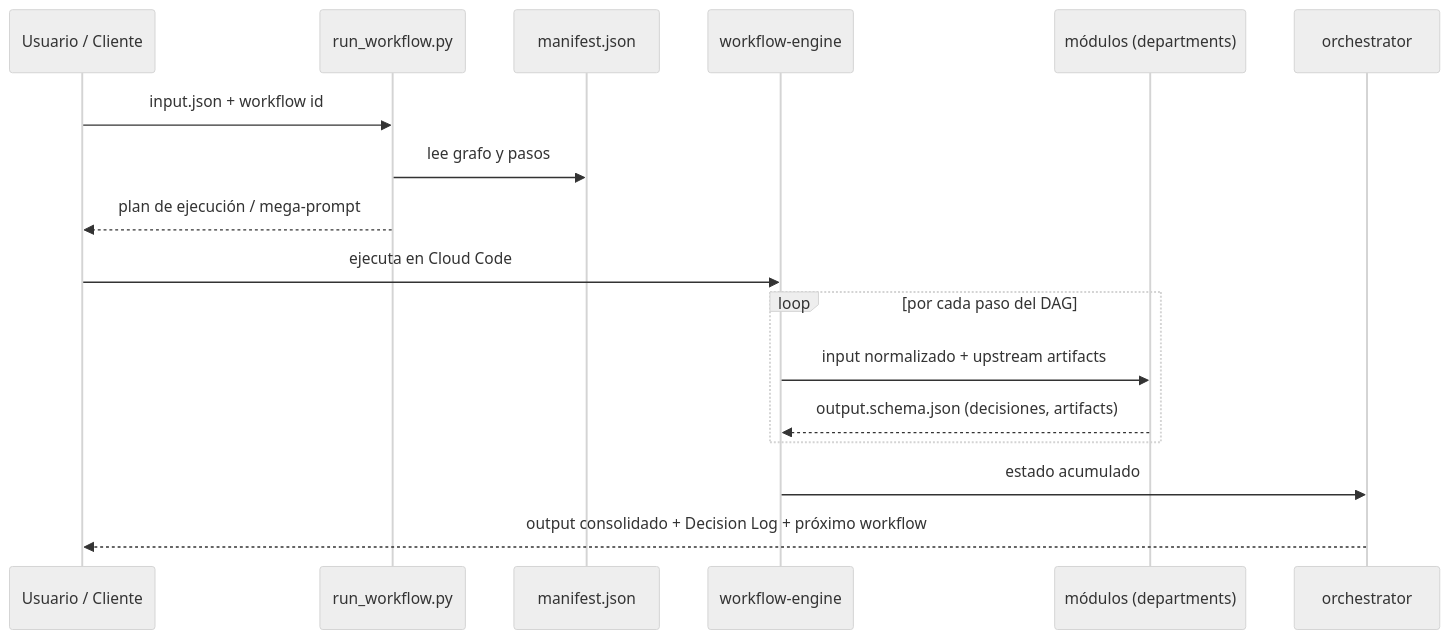
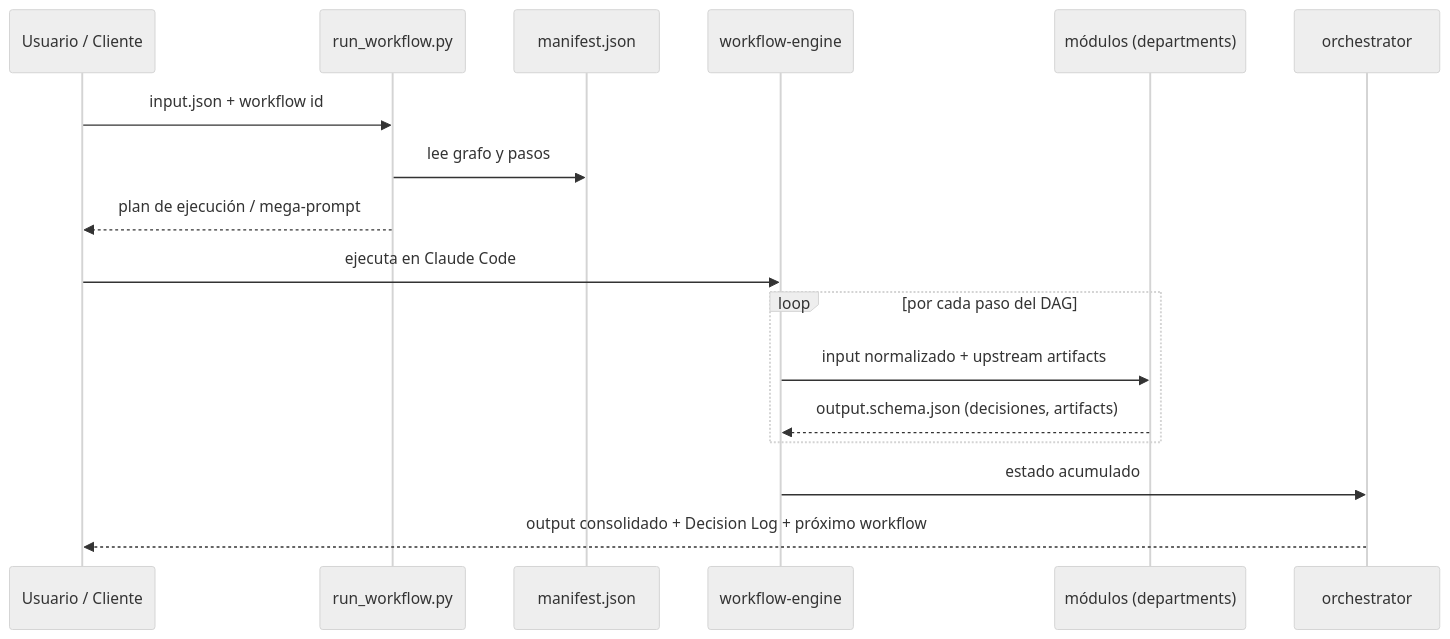
The third of 3 diagrams in docs/architecture.md (JonatanGhub/AI-AGENCY-PROMPT-OS), drawn with Mermaid (neutral theme) before and after one commit. The commit also changed 16 other files, not shown here.

````diff
--- a/docs/architecture.md
+++ b/docs/architecture.md
@@ -83,20 +83,20 @@
 ```mermaid
 sequenceDiagram
   participant U as Usuario / Cliente
   participant R as run_workflow.py
   participant M as manifest.json
   participant E as workflow-engine
   participant D as módulos (departments)
   participant O as orchestrator
 
   U->>R: input.json + workflow id
   R->>M: lee grafo y pasos
   R-->>U: plan de ejecución / mega-prompt
-  U->>E: ejecuta en Cloud Code
+  U->>E: ejecuta en Claude Code
   loop por cada paso del DAG
     E->>D: input normalizado + upstream artifacts
     D-->>E: output.schema.json (decisiones, artifacts)
   end
   E->>O: estado acumulado
   O-->>U: output consolidado + Decision Log + próximo workflow
 ```
````
